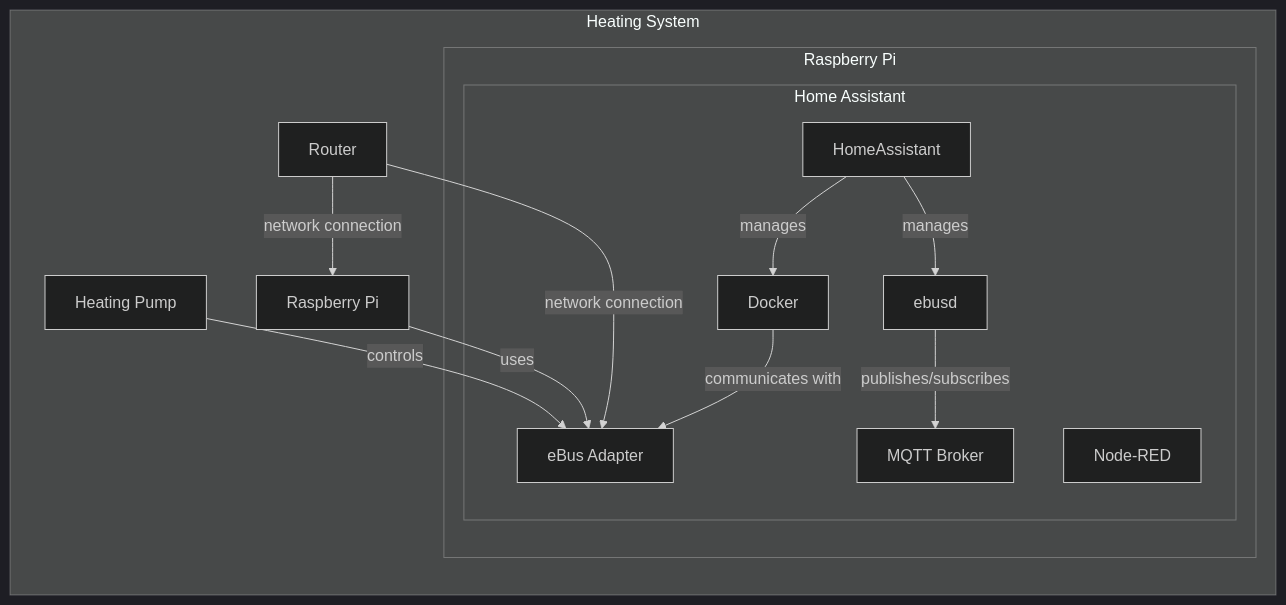
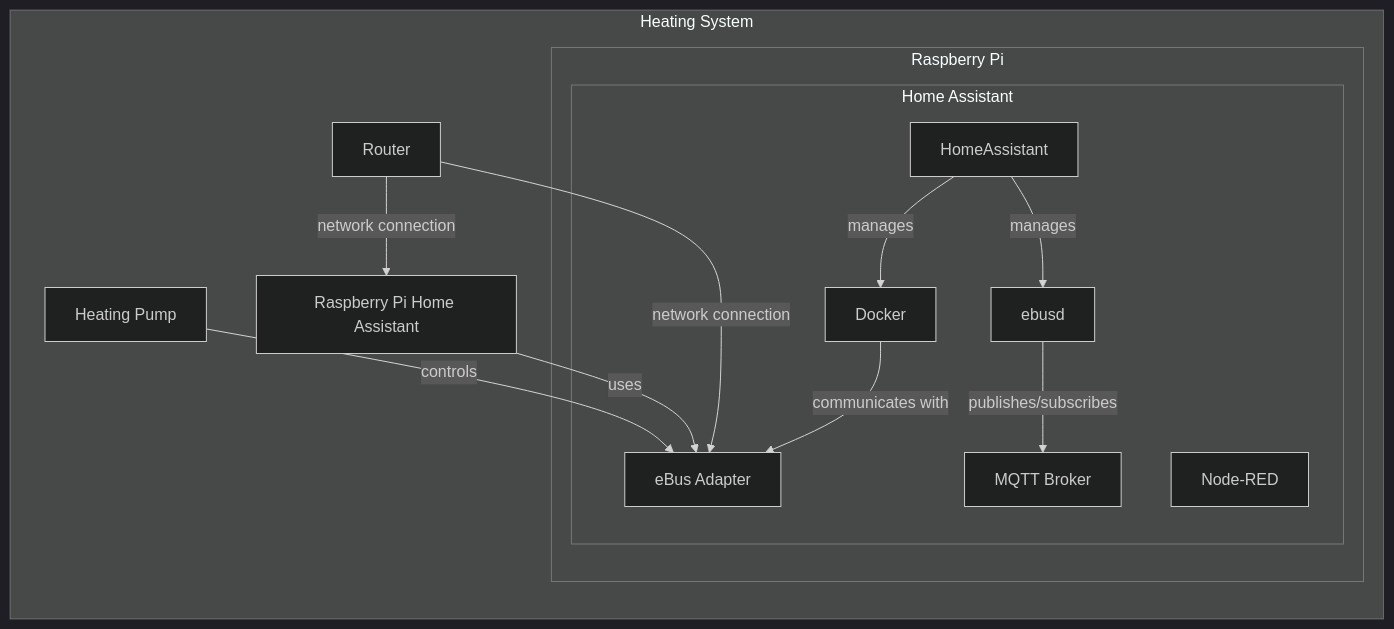
The diagram in README.md (wiedwo/ebusd-guide-Ochsner-GMWW-with-Home-Assistant), drawn with Mermaid before and after one commit.

````diff
--- a/README.md
+++ b/README.md
@@ -16,24 +16,24 @@
 ```mermaid
 %%{init: {'theme':'dark'}}%%
 graph LR  
     subgraph Heating System  
         Pump[Heating Pump] -->|controls| Adapter[eBus Adapter]  
-        Pi[Raspberry Pi] -->|uses| Adapter  
+        Pi[Raspberry Pi Home Assistant] -->|uses| Adapter  
         Router[Router] -->|network connection| Pi  
         Router -->|network connection| Adapter  
         
         subgraph Raspberry Pi  
             subgraph Home Assistant  
                 NodeRed[Node-RED]  
                 ebusd[ebusd]  
                 MqttBroker[MQTT Broker]  
                 Portainer[HomeAssistant]
                 Portainer -->|manages| ebusd
                 Docker -->|communicates with| Adapter 
             end  
             ebusd -->|publishes/subscribes| MqttBroker  
             Portainer -->|manages| Docker
         end  
     end  
 
 ```
````
